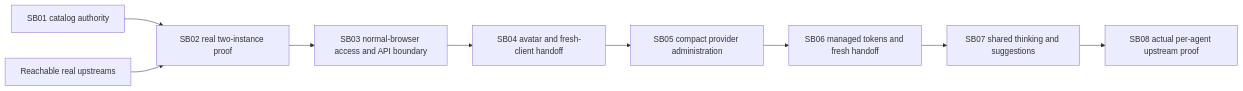
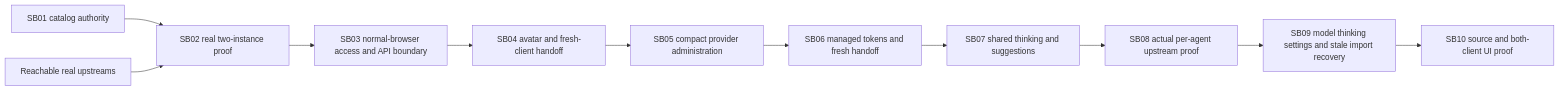
The diagram in codex/bundles/shared-provider-real-catalogs/plan/01-phase-plan.md (fyziktom/CanDoItAll), drawn with Mermaid before and after one commit. The commit also changed other lines of this file and 114 other files, not shown here.

````diff
--- a/codex/bundles/shared-provider-real-catalogs/plan/01-phase-plan.md
+++ b/codex/bundles/shared-provider-real-catalogs/plan/01-phase-plan.md
@@ -16,11 +18,13 @@
 ```mermaid
 flowchart LR
   SB01["SB01 catalog authority"] --> SB02["SB02 real two-instance proof"]
   SB02 --> SB03["SB03 normal-browser access and API boundary"]
   SB03 --> SB04["SB04 avatar and fresh-client handoff"]
   SB04 --> SB05["SB05 compact provider administration"]
   SB05 --> SB06["SB06 managed tokens and fresh handoff"]
   SB06 --> SB07["SB07 shared thinking and suggestions"]
   SB07 --> SB08["SB08 actual per-agent upstream proof"]
+  SB08 --> SB09["SB09 model thinking settings and stale import recovery"]
+  SB09 --> SB10["SB10 source and both-client UI proof"]
   Real["Reachable real upstreams"] --> SB02
 ```
````
